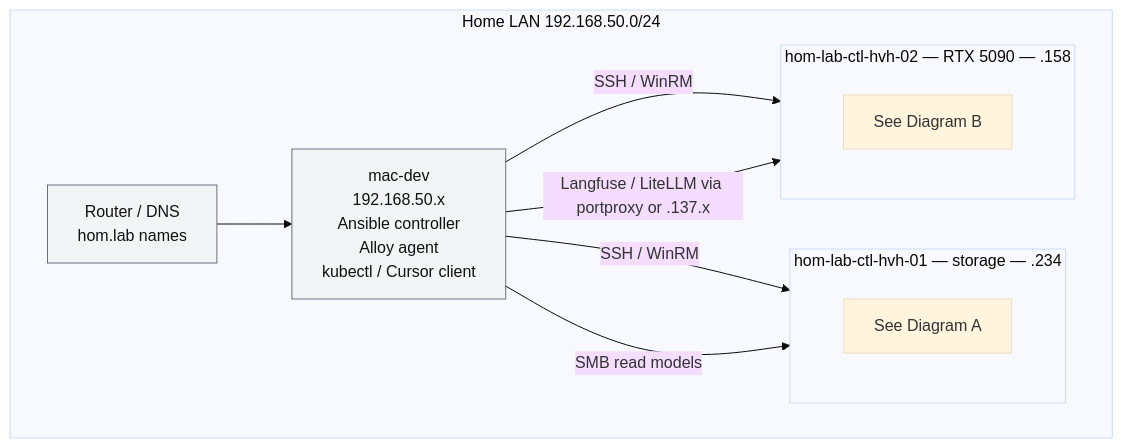
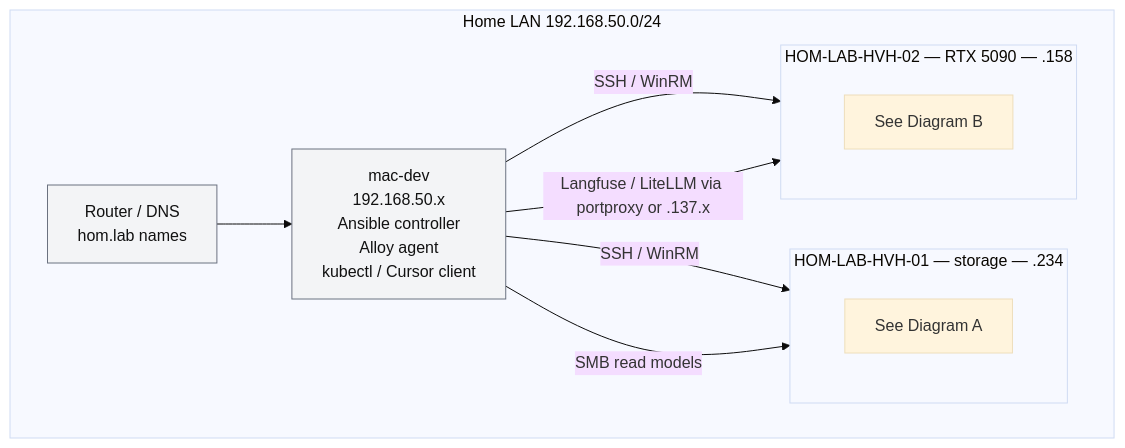
The second of 7 diagrams in docs/lessons-learned/lang-infra-retro/two-physical-server-langfuse-distribution-retrospective.md (doesitscript/dotfile-vnext), drawn with Mermaid (base theme) before and after one commit. The commit also changed other lines of this file and 271 other files, not shown here.

First line of the commit message:
Rename schema dropping middle ctl and update HOM-LAB-CTL-HVH-01

````diff
--- a/docs/lessons-learned/lang-infra-retro/two-physical-server-langfuse-distribution-retrospective.md
+++ b/docs/lessons-learned/lang-infra-retro/two-physical-server-langfuse-distribution-retrospective.md
@@ -65,26 +65,26 @@
 ```mermaid
 flowchart TB
   subgraph home ["Home LAN 192.168.50.0/24"]
     router["Router / DNS<br/>hom.lab names"]
     mac["mac-dev<br/>192.168.50.x<br/>Ansible controller<br/>Alloy agent<br/>kubectl / Cursor client"]
 
-    subgraph hvh01box ["hom-lab-ctl-hvh-01 — storage — .234"]
+    subgraph hvh01box ["HOM-LAB-HVH-01 — storage — .234"]
       direction TB
       H01["See Diagram A"]
     end
 
-    subgraph hvh02box ["hom-lab-ctl-hvh-02 — RTX 5090 — .158"]
+    subgraph hvh02box ["HOM-LAB-HVH-02 — RTX 5090 — .158"]
       direction TB
       H02["See Diagram B"]
     end
 
     router --> mac
     mac -->|"SSH / WinRM"| hvh01box
     mac -->|"SSH / WinRM"| hvh02box
     mac -->|"SMB read models"| hvh01box
     mac -->|"Langfuse / LiteLLM via portproxy or .137.x"| hvh02box
   end
 
   classDef context fill:#f3f4f6,stroke:#6b7280,color:#111
   class router,mac context
 ```
````
